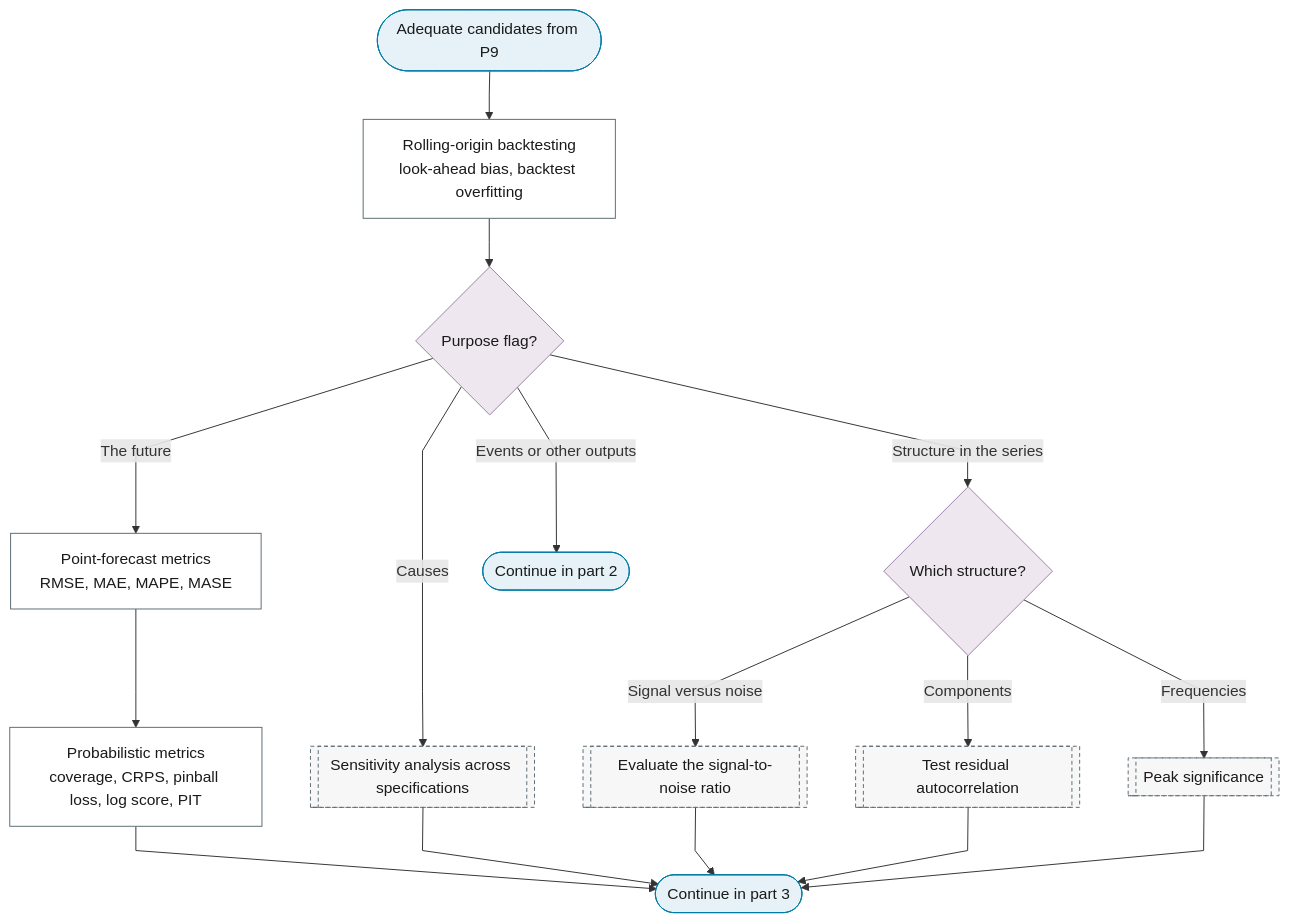
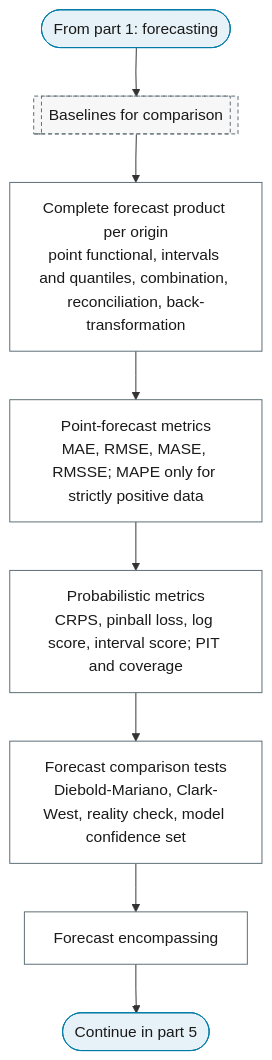
One commit to Shuxin-Y/time-series-analysis-manual changed the second of 5 diagrams in docs/01-workflow/p10-evaluation-selection.md. Above: the diagram before and after it, drawn with Mermaid. The commit also changed other lines of this file and 8 other files, not shown here.

First line of the commit message:
feat(p9,p10): purpose-group gate, corrected re-tests, as-of-origin evaluation

````diff
--- a/docs/01-workflow/p10-evaluation-selection.md
+++ b/docs/01-workflow/p10-evaluation-selection.md
@@ -11,27 +34,22 @@
 ```mermaid
 %%{init: {"flowchart": {"curve": "linear"}}}%%
 graph TD
-    P10_IN(["Adequate candidates from P9"]) --> P10_ROLLING_ORIGIN["Rolling-origin backtesting<br/>look-ahead bias, backtest overfitting"]
-    P10_ROLLING_ORIGIN --> P10_METRIC_KIND{"Purpose flag?"}
-    P10_METRIC_KIND -->|"The future"| P10_POINT_METRICS["Point-forecast metrics<br/>RMSE, MAE, MAPE, MASE"]
-    P10_METRIC_KIND -->|"Causes"| P0_CA_SENSITIVITY[["Sensitivity analysis across specifications"]]
-    P10_METRIC_KIND -->|"Structure in the series"| P10_STRUCTURE{"Which structure?"}
-    P10_METRIC_KIND -->|"Events or other outputs"| P10_TO_PART_2(["Continue in part 2"])
-    P10_POINT_METRICS --> P10_PROBABILISTIC_METRICS["Probabilistic metrics<br/>coverage, CRPS, pinball loss, log score, PIT"]
-    P10_STRUCTURE -->|"Signal versus noise"| P0_SE_SNR[["Evaluate the signal-to-noise ratio"]]
-    P10_STRUCTURE -->|"Components"| P7_MEAN_TESTS[["Test residual autocorrelation"]]
-    P10_STRUCTURE -->|"Frequencies"| P0_SP_PEAK_SIGNIFICANCE[["Peak significance"]]
-    P10_PROBABILISTIC_METRICS & P0_CA_SENSITIVITY & P0_SE_SNR & P7_MEAN_TESTS & P0_SP_PEAK_SIGNIFICANCE --> P10_METRICS_TO_PART_3(["Continue in part 3"])
-    class P10_IN,P10_TO_PART_2,P10_METRICS_TO_PART_3 terminator
-    class P10_METRIC_KIND,P10_STRUCTURE decision
-    class P10_ROLLING_ORIGIN,P10_POINT_METRICS,P10_PROBABILISTIC_METRICS process
-    class P0_CA_SENSITIVITY,P0_SE_SNR,P7_MEAN_TESTS,P0_SP_PEAK_SIGNIFICANCE ref
+    P10_PART_2_IN(["From part 1: forecasting"]) --> P0_FC_BASELINES[["Baselines for comparison"]]
+    P0_FC_BASELINES --> P10_FORECAST_PRODUCT["Complete forecast product per origin<br/>point functional, intervals and quantiles, combination, reconciliation, back-transformation"]
+    P10_FORECAST_PRODUCT --> P10_POINT_METRICS["Point-forecast metrics<br/>MAE, RMSE, MASE, RMSSE; MAPE only for strictly positive data"]
+    P10_POINT_METRICS --> P10_PROBABILISTIC_METRICS["Probabilistic metrics<br/>CRPS, pinball loss, log score, interval score; PIT and coverage"]
+    P10_PROBABILISTIC_METRICS --> P10_FORECAST_COMPARISON["Forecast comparison tests<br/>Diebold-Mariano, Clark-West, reality check, model confidence set"]
+    P10_FORECAST_COMPARISON --> P10_ENCOMPASSING["Forecast encompassing"]
+    P10_ENCOMPASSING --> P10_PART_2_OUT(["Continue in part 5"])
+    class P10_PART_2_IN,P10_PART_2_OUT terminator
+    class P10_FORECAST_PRODUCT,P10_POINT_METRICS,P10_PROBABILISTIC_METRICS,P10_FORECAST_COMPARISON,P10_ENCOMPASSING process
+    class P0_FC_BASELINES ref
     classDef terminator fill:#E6F2F7,stroke:#007BA7,color:#1A1A1A;
     classDef process fill:#FFFFFF,stroke:#5A6B73,color:#1A1A1A;
     classDef decision fill:#EFE7F0,stroke:#9B7FA7,color:#1A1A1A;
     classDef data fill:#FFF4E0,stroke:#C9A55E,color:#1A1A1A;
     classDef good fill:#DCEFD8,stroke:#4A7A3F,color:#1A1A1A;
     classDef escalate fill:#FFE9C2,stroke:#C9A55E,color:#1A1A1A;
     classDef problem fill:#F2D9DE,stroke:#800020,color:#1A1A1A;
     classDef ref fill:#F7F7F7,stroke:#5A6B73,color:#1A1A1A,stroke-dasharray:4 3;
 ```
````
